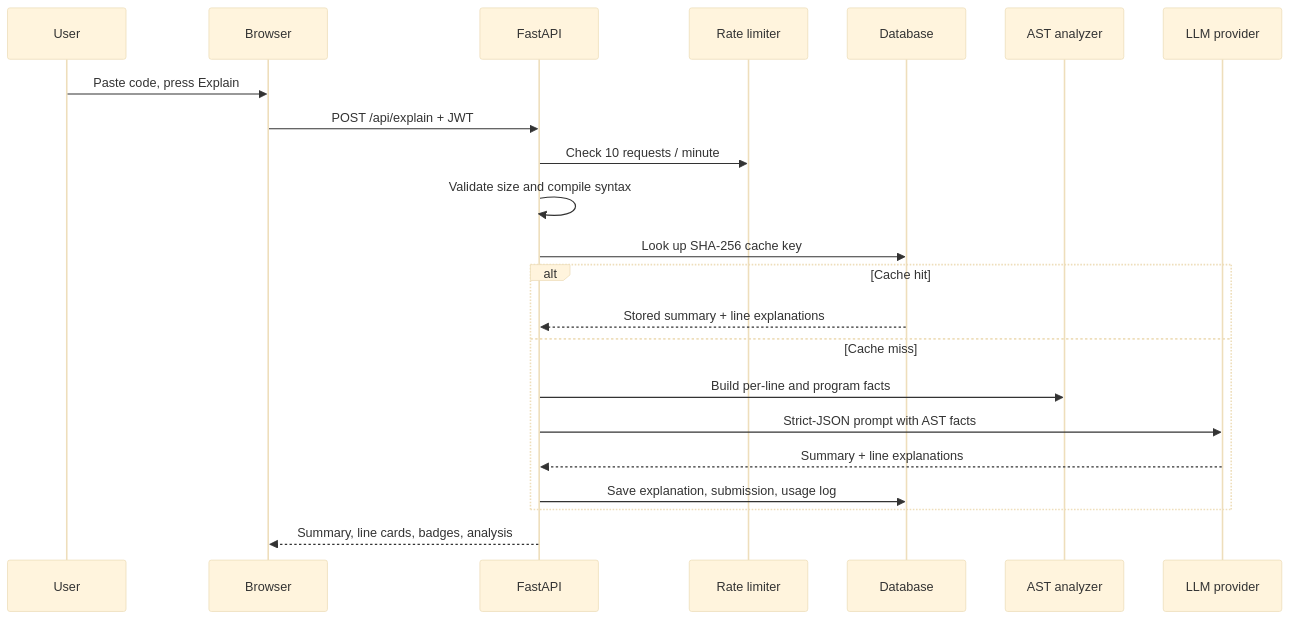
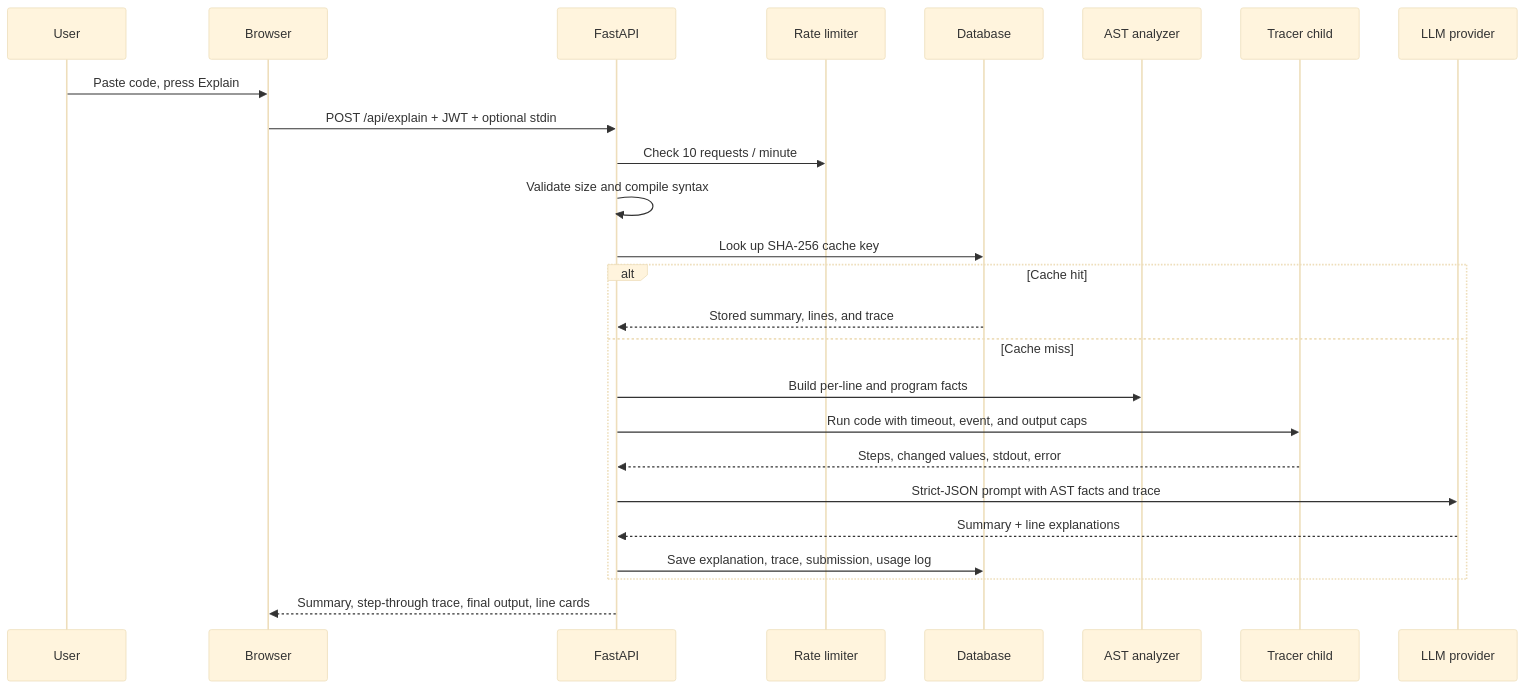
Before and after one commit to Karthik4765/LineLens: the second of 3 diagrams in README.md, drawn with Mermaid (base theme). The commit also changed other lines of this file and 2 other files, not shown here.

````diff
--- a/README.md
+++ b/README.md
@@ -48,25 +51,28 @@
 ```mermaid
 sequenceDiagram
     participant U as User
     participant UI as Browser
     participant API as FastAPI
     participant RL as Rate limiter
     participant DB as Database
     participant AST as AST analyzer
+    participant T as Tracer child
     participant AI as LLM provider
 
     U->>UI: Paste code, press Explain
-    UI->>API: POST /api/explain + JWT
+    UI->>API: POST /api/explain + JWT + optional stdin
     API->>RL: Check 10 requests / minute
     API->>API: Validate size and compile syntax
     API->>DB: Look up SHA-256 cache key
     alt Cache hit
-        DB-->>API: Stored summary + line explanations
+        DB-->>API: Stored summary, lines, and trace
     else Cache miss
         API->>AST: Build per-line and program facts
-        API->>AI: Strict-JSON prompt with AST facts
+        API->>T: Run code with timeout, event, and output caps
+        T-->>API: Steps, changed values, stdout, error
+        API->>AI: Strict-JSON prompt with AST facts and trace
         AI-->>API: Summary + line explanations
-        API->>DB: Save explanation, submission, usage log
+        API->>DB: Save explanation, trace, submission, usage log
     end
-    API-->>UI: Summary, line cards, badges, analysis
+    API-->>UI: Summary, step-through trace, final output, line cards
 ```
````
